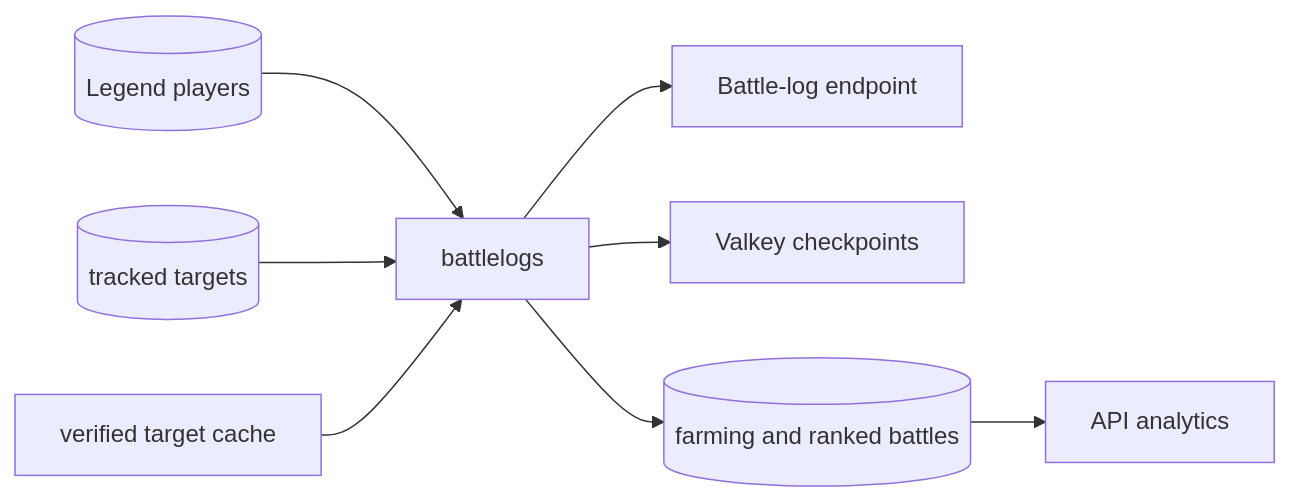
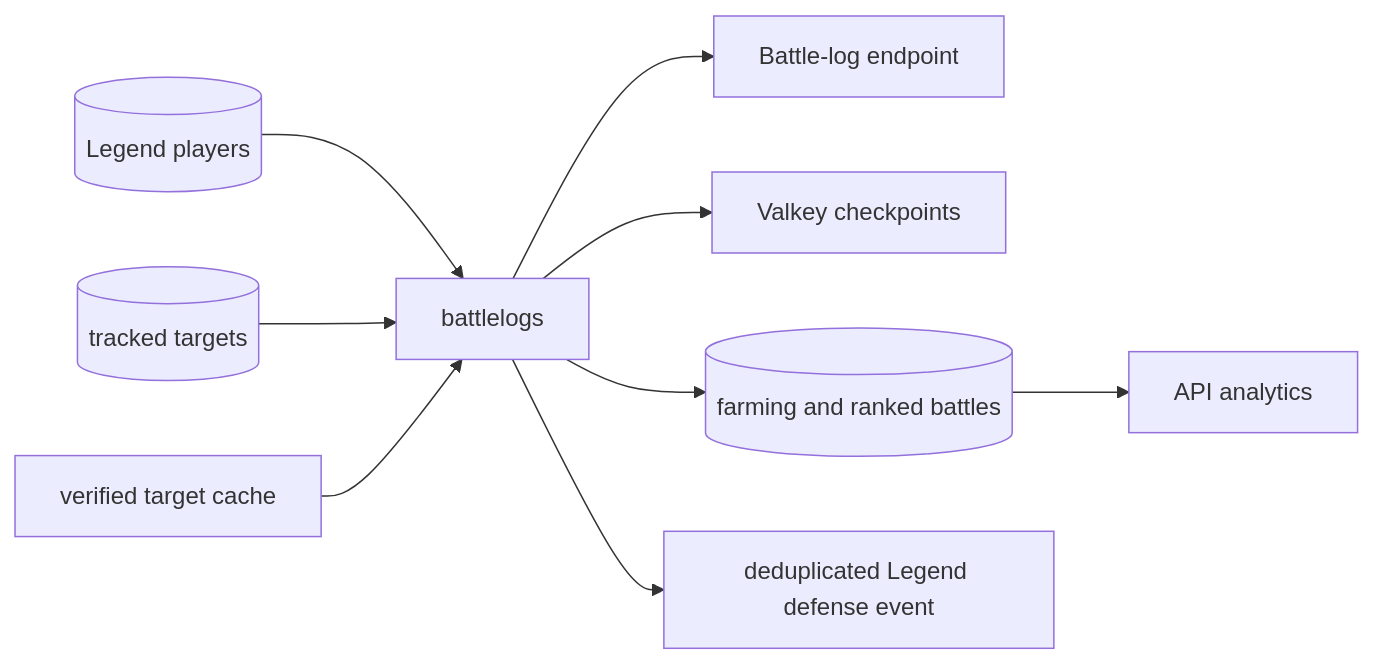
One commit to ClashKingInc/ClashKingTracking changed the diagram in docs/battlelogs.md. Above: the diagram before and after it, drawn with Mermaid. The commit also changed other lines of this file and 24 other files, not shown here.

````diff
--- a/docs/battlelogs.md
+++ b/docs/battlelogs.md
@@ -79,10 +80,11 @@
 ```mermaid
 flowchart LR
   L[(Legend players)] --> B[battlelogs]
   T[(tracked targets)] --> B
   V[verified target cache] --> B
   B --> API[Battle-log endpoint]
   B --> C[Valkey checkpoints]
   B --> SQL[(farming and ranked battles)]
+  B --> E[deduplicated Legend defense event]
   SQL --> Stats[API analytics]
 ```
````
